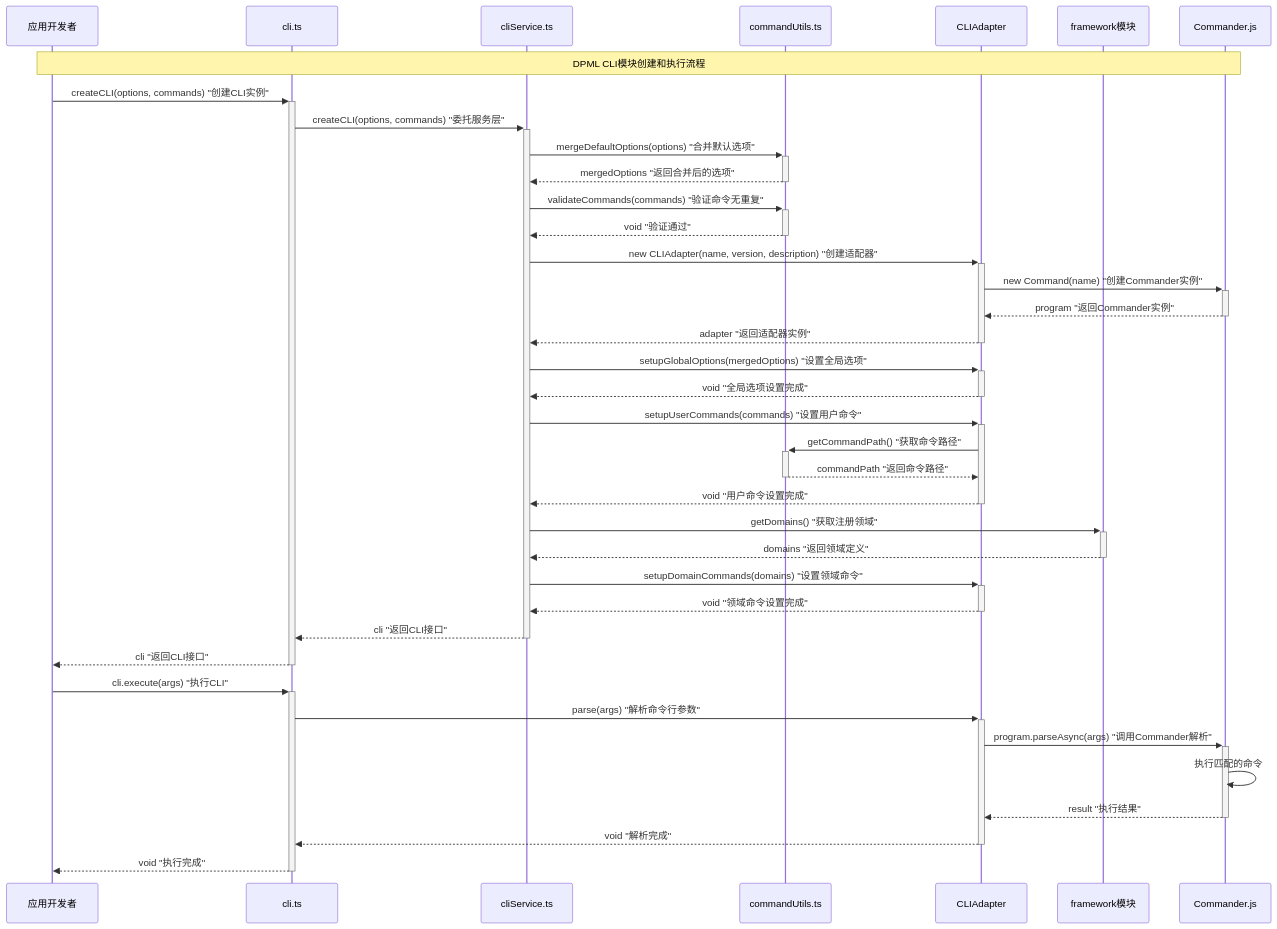
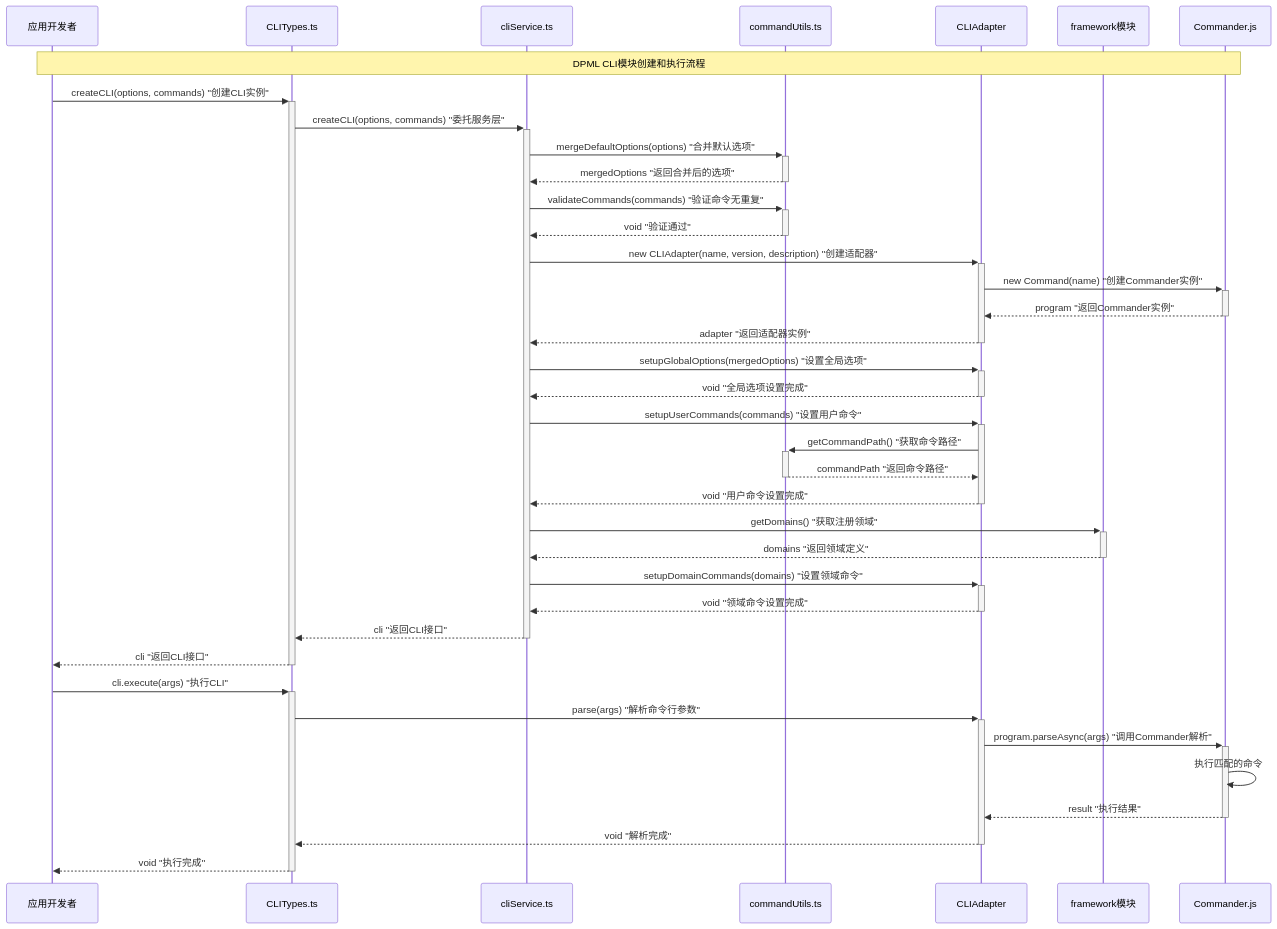
One commit to Deepractice/DPML changed the second of 2 diagrams in packages/core/docs/develop/CLI-Develop-Design.md. Above: the diagram before and after it, drawn with Mermaid. The commit also changed other lines of this file and 25 other files, not shown here.

````diff
--- a/packages/core/docs/develop/CLI-Develop-Design.md
+++ b/packages/core/docs/develop/CLI-Develop-Design.md
@@ -169,58 +169,58 @@
 ```mermaid
 sequenceDiagram
     %% 参与者定义
     participant User as 应用开发者
-    participant API as cli.ts
+    participant API as CLITypes.ts
     participant Service as cliService.ts
     participant Utils as commandUtils.ts
     participant Adapter as CLIAdapter
     participant Framework as framework模块
     participant Commander as Commander.js
 
     %% 标题
     Note over User,Commander: DPML CLI模块创建和执行流程
 
     %% 创建CLI实例
     User->>+API: createCLI(options, commands) "创建CLI实例"
     API->>+Service: createCLI(options, commands) "委托服务层"
     
     Service->>+Utils: mergeDefaultOptions(options) "合并默认选项"
     Utils-->>-Service: mergedOptions "返回合并后的选项"
     
     Service->>+Utils: validateCommands(commands) "验证命令无重复"
     Utils-->>-Service: void "验证通过"
     
     Service->>+Adapter: new CLIAdapter(name, version, description) "创建适配器"
     Adapter->>+Commander: new Command(name) "创建Commander实例"
     Commander-->>-Adapter: program "返回Commander实例"
     Adapter-->>-Service: adapter "返回适配器实例"
     
     Service->>+Adapter: setupGlobalOptions(mergedOptions) "设置全局选项"
     Adapter-->>-Service: void "全局选项设置完成"
     
     Service->>+Adapter: setupUserCommands(commands) "设置用户命令"
     Adapter->>+Utils: getCommandPath() "获取命令路径"
     Utils-->>-Adapter: commandPath "返回命令路径"
     Adapter-->>-Service: void "用户命令设置完成"
     
     Service->>+Framework: getDomains() "获取注册领域"
     Framework-->>-Service: domains "返回领域定义"
     
     Service->>+Adapter: setupDomainCommands(domains) "设置领域命令"
     Adapter-->>-Service: void "领域命令设置完成"
     
     Service-->>-API: cli "返回CLI接口"
     API-->>-User: cli "返回CLI接口"
     
     %% 执行CLI
     User->>+API: cli.execute(args) "执行CLI"
     API->>+Adapter: parse(args) "解析命令行参数"
     Adapter->>+Commander: program.parseAsync(args) "调用Commander解析"
     
     Commander->>Commander: 执行匹配的命令
     Commander-->>-Adapter: result "执行结果"
     Adapter-->>-API: void "解析完成"
     API-->>-User: void "执行完成"
 
 
 ```
````
